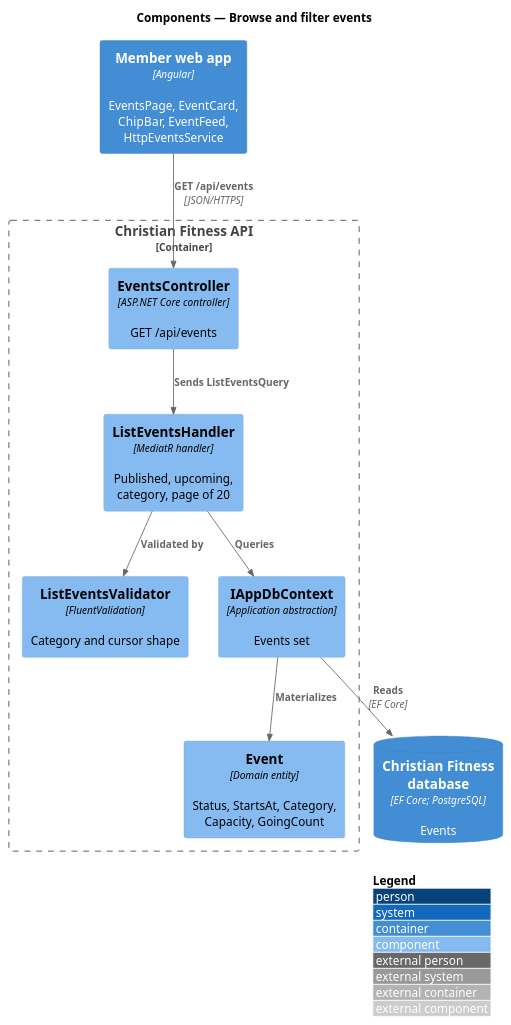
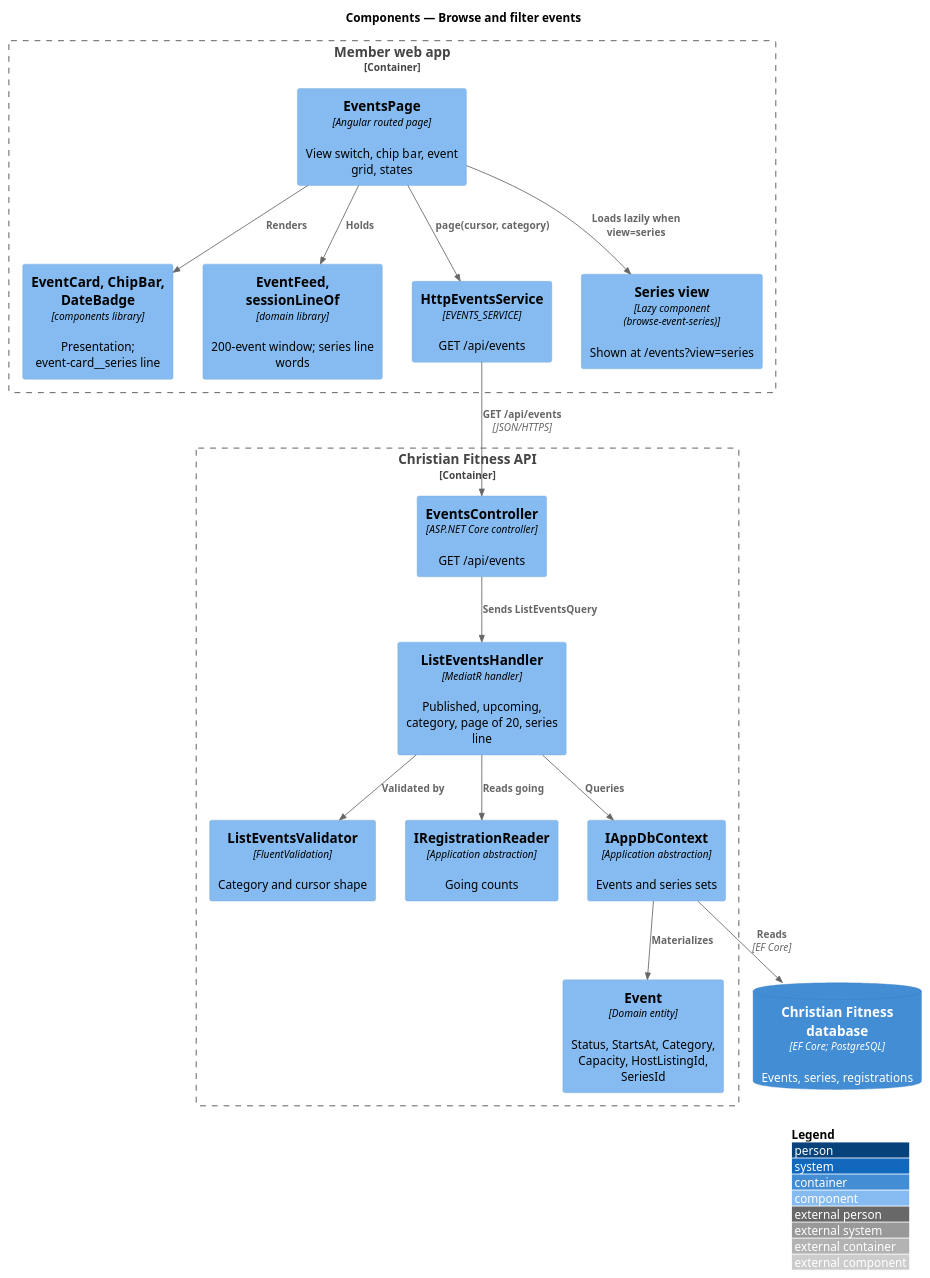
Before and after one commit to QuinntyneBrown/christian-fitness: the diagram in docs/detailed-designs/events/browse-events/diagrams/c4-component.puml, drawn with PlantUML. The commit also changed 84 other files, not shown here.

```diff
--- a/docs/detailed-designs/events/browse-events/diagrams/c4-component.puml
+++ b/docs/detailed-designs/events/browse-events/diagrams/c4-component.puml
@@ -1,21 +1,33 @@
 @startuml
 !include <C4/C4_Component>
 LAYOUT_WITH_LEGEND()
 title Components — Browse and filter events
 
-Container(web, "Member web app", "Angular", "EventsPage, EventCard, ChipBar, EventFeed, HttpEventsService")
+Container_Boundary(web, "Member web app") {
+  Component(page, "EventsPage", "Angular routed page", "View switch, chip bar, event grid, states")
+  Component(card, "EventCard, ChipBar, DateBadge", "components library", "Presentation; event-card__series line")
+  Component(feed, "EventFeed, sessionLineOf", "domain library", "200-event window; series line words")
+  Component(svc, "HttpEventsService", "EVENTS_SERVICE", "GET /api/events")
+  Component(series, "Series view", "Lazy component (browse-event-series)", "Shown at /events?view=series")
+}
 Container_Boundary(api, "Christian Fitness API") {
   Component(ctrl, "EventsController", "ASP.NET Core controller", "GET /api/events")
   Component(val, "ListEventsValidator", "FluentValidation", "Category and cursor shape")
-  Component(h, "ListEventsHandler", "MediatR handler", "Published, upcoming, category, page of 20")
-  Component(ctx, "IAppDbContext", "Application abstraction", "Events set")
-  Component(ent, "Event", "Domain entity", "Status, StartsAt, Category, Capacity, GoingCount")
+  Component(h, "ListEventsHandler", "MediatR handler", "Published, upcoming, category, page of 20, series line")
+  Component(reg, "IRegistrationReader", "Application abstraction", "Going counts")
+  Component(ctx, "IAppDbContext", "Application abstraction", "Events and series sets")
+  Component(ent, "Event", "Domain entity", "Status, StartsAt, Category, Capacity, HostListingId, SeriesId")
 }
-ContainerDb(db, "Christian Fitness database", "EF Core; PostgreSQL", "Events")
-Rel(web, ctrl, "GET /api/events", "JSON/HTTPS")
+ContainerDb(db, "Christian Fitness database", "EF Core; PostgreSQL", "Events, series, registrations")
+Rel(page, card, "Renders")
+Rel(page, feed, "Holds")
+Rel(page, svc, "page(cursor, category)")
+Rel(page, series, "Loads lazily when view=series")
+Rel(svc, ctrl, "GET /api/events", "JSON/HTTPS")
 Rel(ctrl, h, "Sends ListEventsQuery")
 Rel(h, val, "Validated by")
+Rel(h, reg, "Reads going")
 Rel(h, ctx, "Queries")
 Rel(ctx, ent, "Materializes")
 Rel(ctx, db, "Reads", "EF Core")
 @enduml
```
